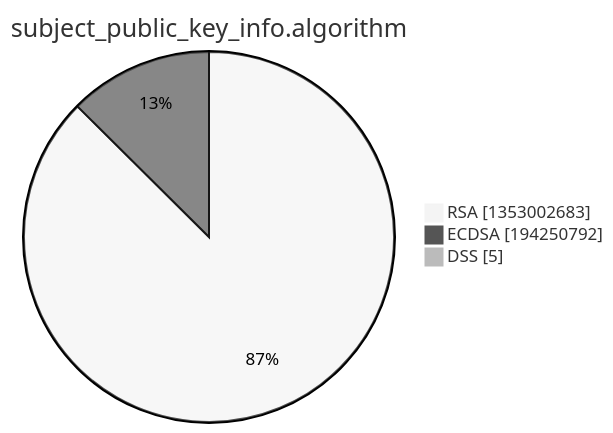
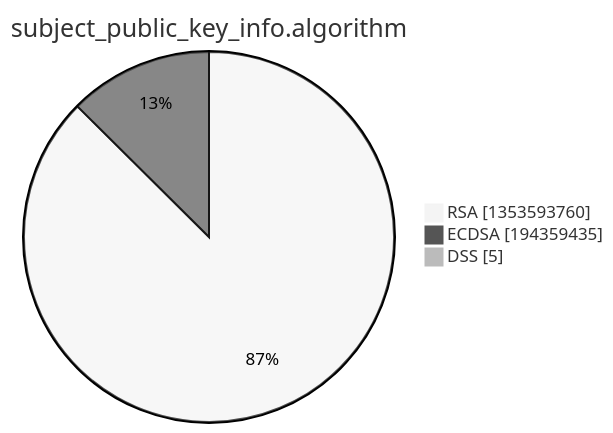
Before and after one commit to christiankrug/ctmonitor_visualization: the third of 15 diagrams in xenon2022/README.md, drawn with Mermaid (neutral theme). The commit also changed other lines of this file, not shown here.

````diff
--- a/xenon2022/README.md
+++ b/xenon2022/README.md
@@ -14,7 +14,7 @@
 ```mermaid
 pie showData
 title subject_public_key_info.algorithm
-"RSA" :1353002683
-"ECDSA" :194250792
+"RSA" :1353593760
+"ECDSA" :194359435
 "DSS" :5
 ```
````
